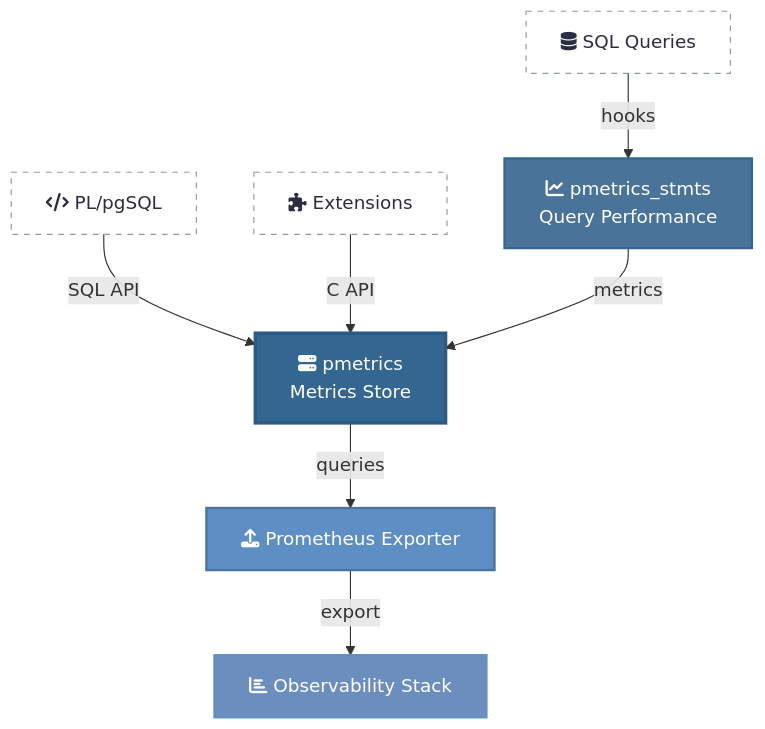
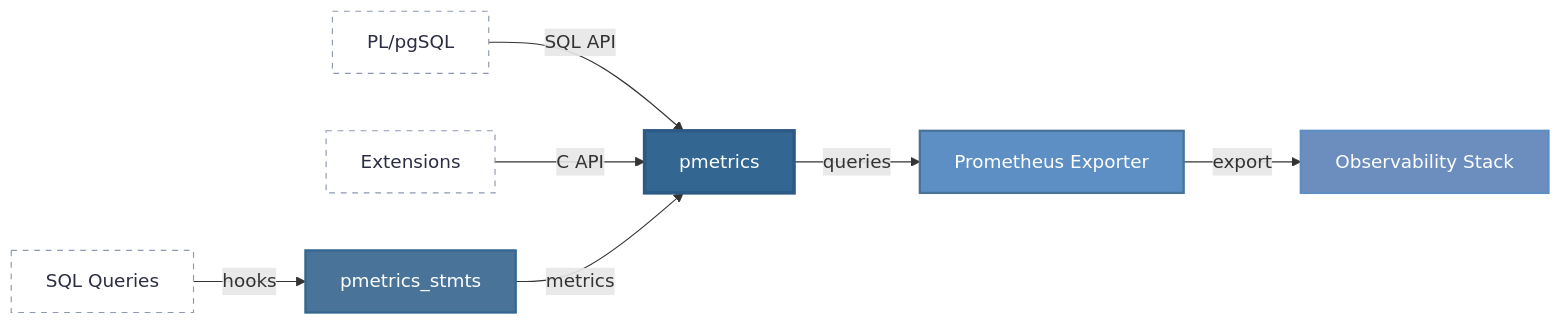
One commit to v0idpwn-industries/pmetrics changed the diagram in README.md. Above: the diagram before and after it, drawn with Mermaid.

Commit message:
back to left to right and remove icons

````diff
--- a/README.md
+++ b/README.md
@@ -5,28 +5,28 @@
 ```mermaid
-flowchart TB
-    Q[fa:fa-database SQL Queries]
-    P[fa:fa-code PL/pgSQL]
-    E[fa:fa-puzzle-piece Extensions]
+flowchart LR
+    Q[SQL Queries]
+    P[PL/pgSQL]
+    E[Extensions]
 
-    S[fa:fa-chart-line pmetrics_stmts<br/>Query Performance]
-    C[fa:fa-server pmetrics<br/>Metrics Store]
+    S[pmetrics_stmts]
+    C[pmetrics]
 
-    X[fa:fa-upload Prometheus Exporter]
-    M[fa:fa-chart-bar Observability Stack]
+    X[Prometheus Exporter]
+    M[Observability Stack]
 
     Q -->|hooks| S
     P -->|SQL API| C
     E -->|C API| C
     S -->|metrics| C
 
     C -->|queries| X
     X -->|export| M
 
     style C fill:#336791,stroke:#2c5985,stroke-width:3px,color:#fff
     style S fill:#4a7399,stroke:#336791,stroke-width:2px,color:#fff
     style X fill:#5d8fc4,stroke:#4a7399,stroke-width:2px,color:#fff
     style M fill:#6c8ebf,stroke:#5d8fc4,stroke-width:2px,color:#fff
     style Q fill:none,stroke:#8d99ae,stroke-width:1px,color:#2b2d42,stroke-dasharray: 5 5
     style P fill:none,stroke:#8d99ae,stroke-width:1px,color:#2b2d42,stroke-dasharray: 5 5
     style E fill:none,stroke:#8d99ae,stroke-width:1px,color:#2b2d42,stroke-dasharray: 5 5
 ```
````
